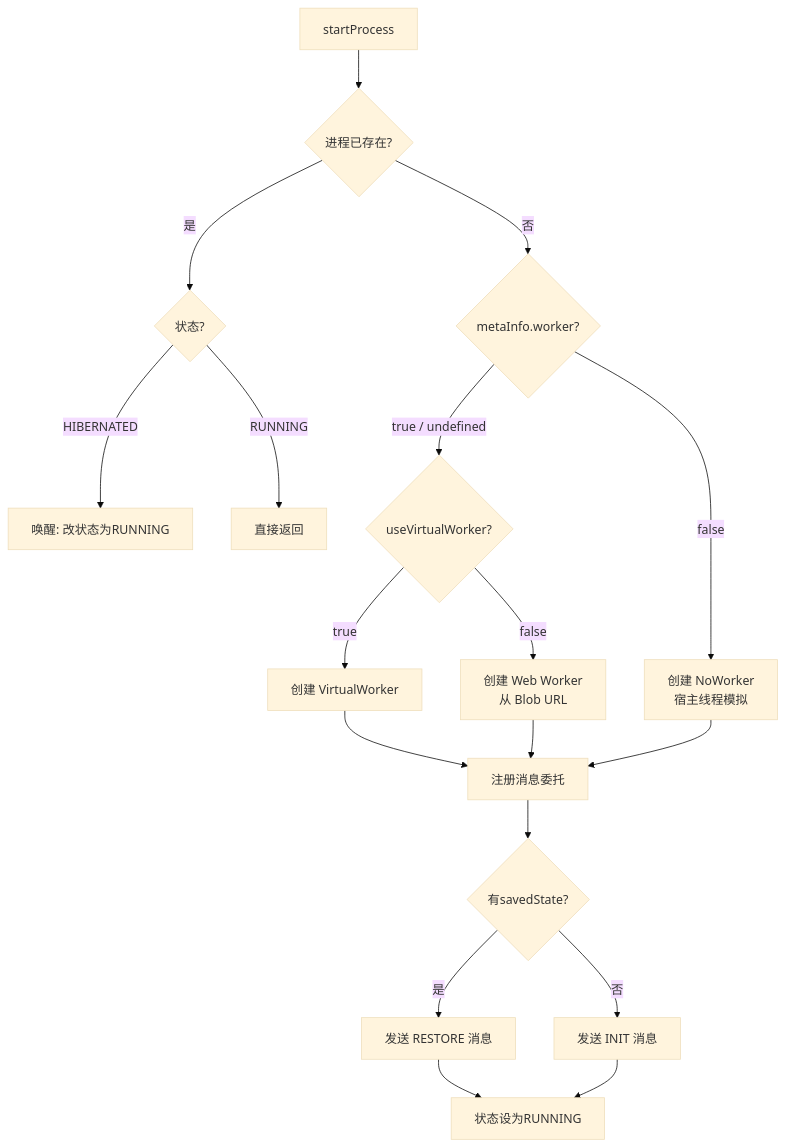
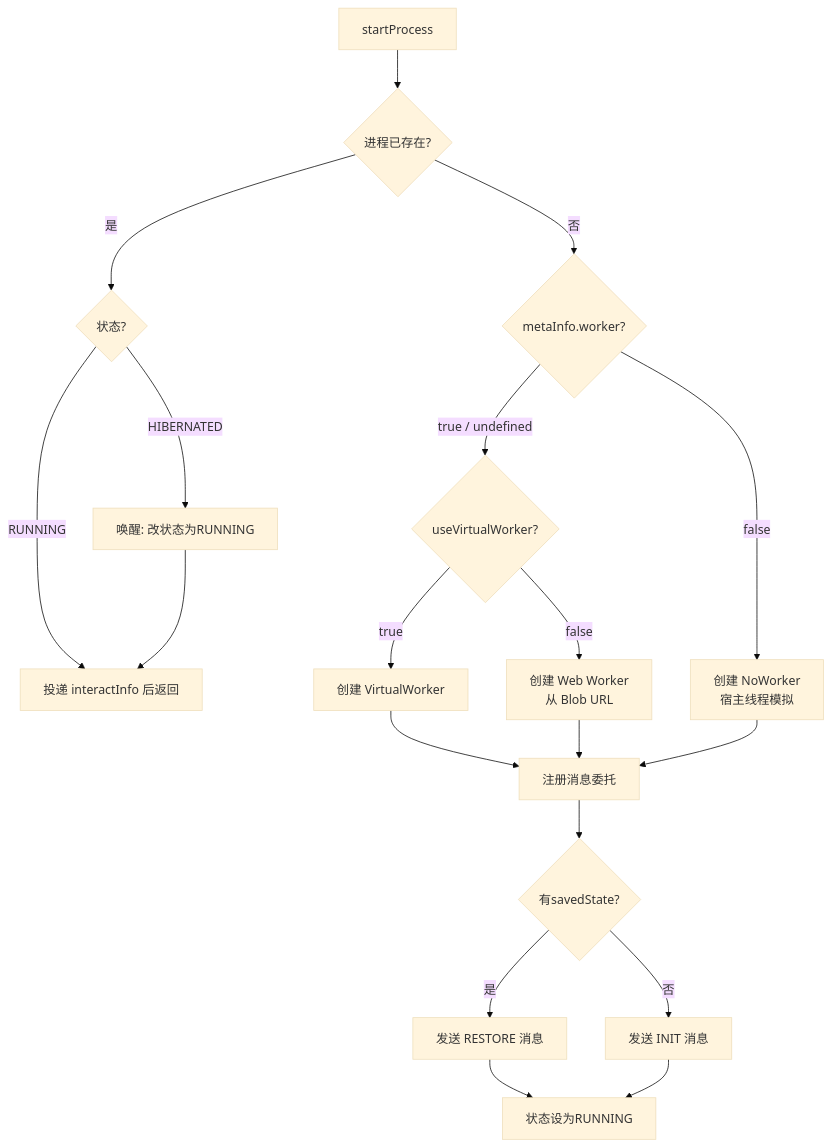
One commit to suluwanqing/sukinOS changed the seventh of 14 diagrams in docs/module/04-process-kernel.md. Above: the diagram before and after it, drawn with Mermaid (base theme). The commit also changed other lines of this file and 70 other files, not shown here.

````diff
--- a/docs/module/04-process-kernel.md
+++ b/docs/module/04-process-kernel.md
@@ -446,20 +445,21 @@
 ```mermaid
 graph TD
     A[startProcess] --> B{进程已存在?}
     B -->|是| C{状态?}
     C -->|HIBERNATED| D[唤醒: 改状态为RUNNING]
-    C -->|RUNNING| E[直接返回]
+    C -->|RUNNING| E[投递 interactInfo 后返回]
+    D --> E
     B -->|否| F{metaInfo.worker?}
     F -->|true / undefined| G{useVirtualWorker?}
     G -->|true| H[创建 VirtualWorker]
     G -->|false| I[创建 Web Worker<br/>从 Blob URL]
     F -->|false| J[创建 NoWorker<br/>宿主线程模拟]
     H --> K[注册消息委托]
     I --> K
     J --> K
     K --> L{有savedState?}
     L -->|是| M[发送 RESTORE 消息]
     L -->|否| N[发送 INIT 消息]
     M --> O[状态设为RUNNING]
     N --> O
 ```
````
